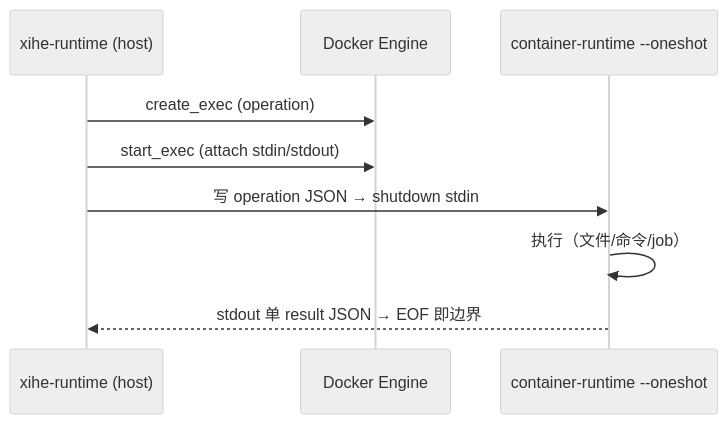
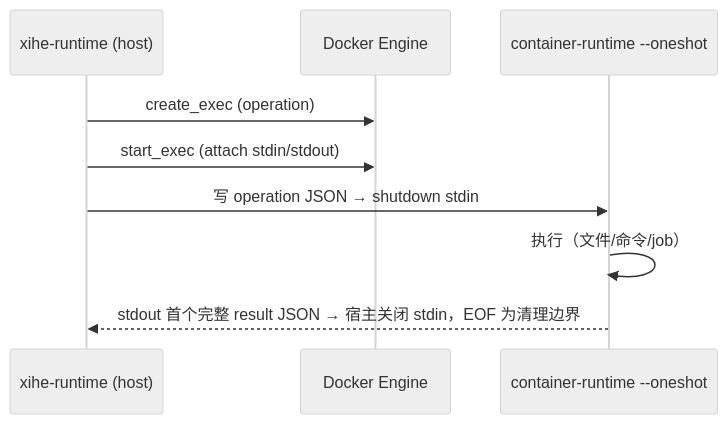
The diagram in docs/i18n/zh-Hans/DEV-015-runtime-architecture.md (cc01cc/xihe-project), drawn with Mermaid before and after one commit. The commit also changed other lines of this file and 6 other files, not shown here.

````diff
--- a/docs/i18n/zh-Hans/DEV-015-runtime-architecture.md
+++ b/docs/i18n/zh-Hans/DEV-015-runtime-architecture.md
@@ -31,12 +31,12 @@
 ```mermaid
 %%{init: {'theme': 'neutral'}}%%
 sequenceDiagram
   participant R as xihe-runtime (host)
   participant D as Docker Engine
   participant C as container-runtime --oneshot
   R->>D: create_exec (operation)
   R->>D: start_exec (attach stdin/stdout)
   R->>C: 写 operation JSON → shutdown stdin
   C->>C: 执行（文件/命令/job）
-  C-->>R: stdout 单 result JSON → EOF 即边界
+  C-->>R: stdout 首个完整 result JSON → 宿主关闭 stdin，EOF 为清理边界
 ```
````
